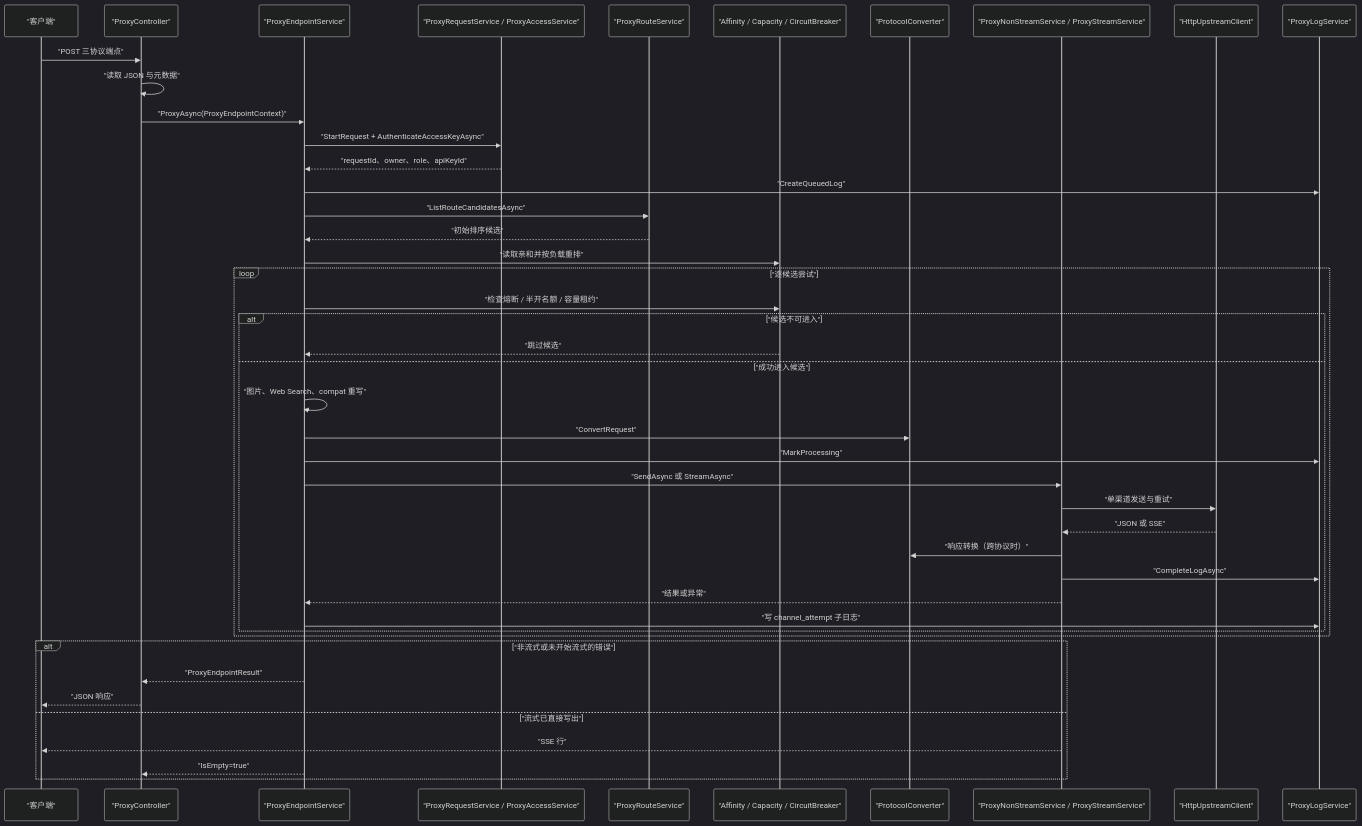
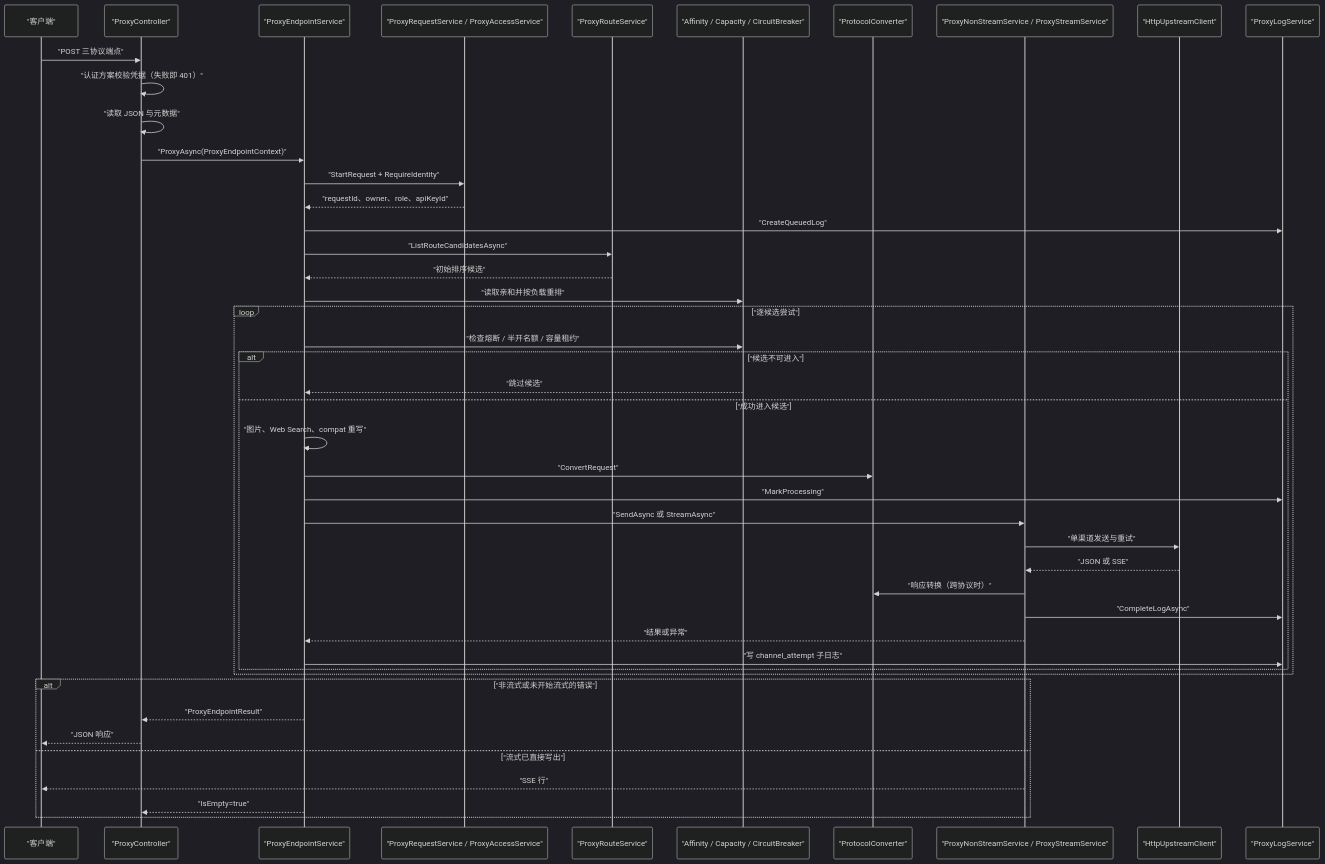
Before and after one commit to shL1481558059/OpenCodex: the second of 7 diagrams in doc/proxy-conversion/01-overview/02-architecture-and-end-to-end-flow.md, drawn with Mermaid (dark theme). The commit also changed other lines of this file and 69 other files, not shown here.

````diff
--- a/doc/proxy-conversion/01-overview/02-architecture-and-end-to-end-flow.md
+++ b/doc/proxy-conversion/01-overview/02-architecture-and-end-to-end-flow.md
@@ -130,49 +130,50 @@
 ```mermaid
 sequenceDiagram
     participant C as "客户端"
     participant CTL as "ProxyController"
     participant EP as "ProxyEndpointService"
     participant AUTH as "ProxyRequestService / ProxyAccessService"
     participant ROUTE as "ProxyRouteService"
     participant REL as "Affinity / Capacity / CircuitBreaker"
     participant CONV as "ProtocolConverter"
     participant EXEC as "ProxyNonStreamService / ProxyStreamService"
     participant UP as "HttpUpstreamClient"
     participant LOG as "ProxyLogService"
 
     C->>CTL: "POST 三协议端点"
+    CTL->>CTL: "认证方案校验凭据（失败即 401）"
     CTL->>CTL: "读取 JSON 与元数据"
     CTL->>EP: "ProxyAsync(ProxyEndpointContext)"
-    EP->>AUTH: "StartRequest + AuthenticateAccessKeyAsync"
+    EP->>AUTH: "StartRequest + RequireIdentity"
     AUTH-->>EP: "requestId、owner、role、apiKeyId"
     EP->>LOG: "CreateQueuedLog"
     EP->>ROUTE: "ListRouteCandidatesAsync"
     ROUTE-->>EP: "初始排序候选"
     EP->>REL: "读取亲和并按负载重排"
 
     loop "逐候选尝试"
         EP->>REL: "检查熔断 / 半开名额 / 容量租约"
         alt "候选不可进入"
             REL-->>EP: "跳过候选"
         else "成功进入候选"
             EP->>EP: "图片、Web Search、compat 重写"
             EP->>CONV: "ConvertRequest"
             EP->>LOG: "MarkProcessing"
             EP->>EXEC: "SendAsync 或 StreamAsync"
             EXEC->>UP: "单渠道发送与重试"
             UP-->>EXEC: "JSON 或 SSE"
             EXEC->>CONV: "响应转换（跨协议时）"
             EXEC->>LOG: "CompleteLogAsync"
             EXEC-->>EP: "结果或异常"
             EP->>LOG: "写 channel_attempt 子日志"
         end
     end
 
     alt "非流式或未开始流式的错误"
         EP-->>CTL: "ProxyEndpointResult"
         CTL-->>C: "JSON 响应"
     else "流式已直接写出"
         EXEC-->>C: "SSE 行"
         EP-->>CTL: "IsEmpty=true"
     end
 ```
````
